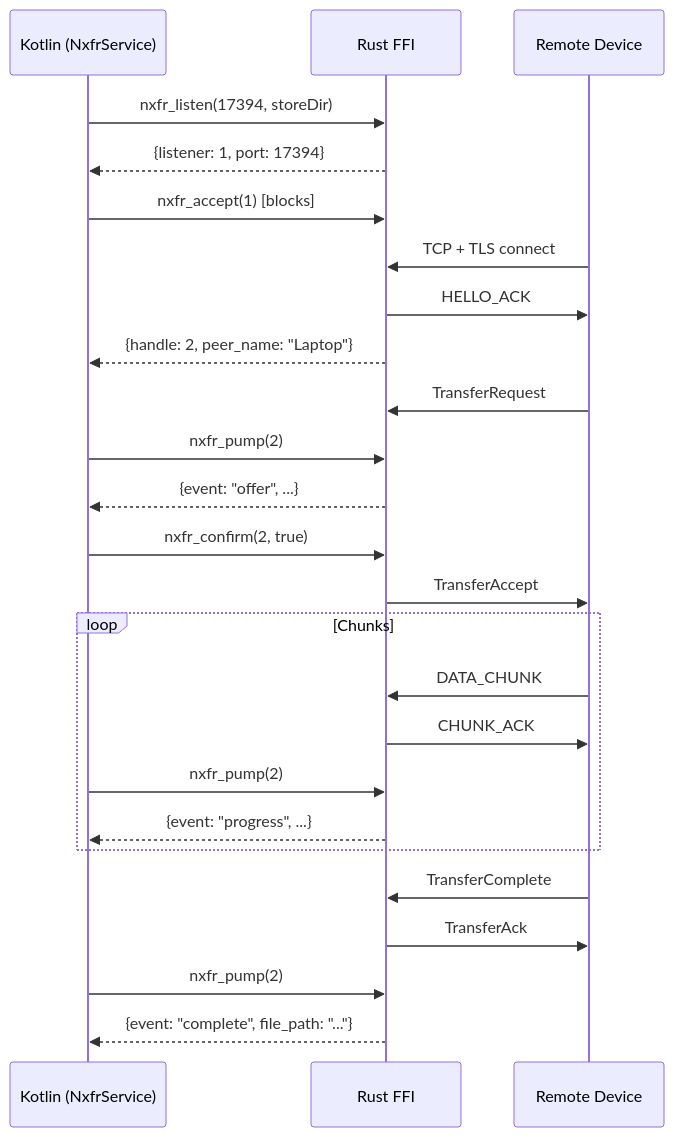
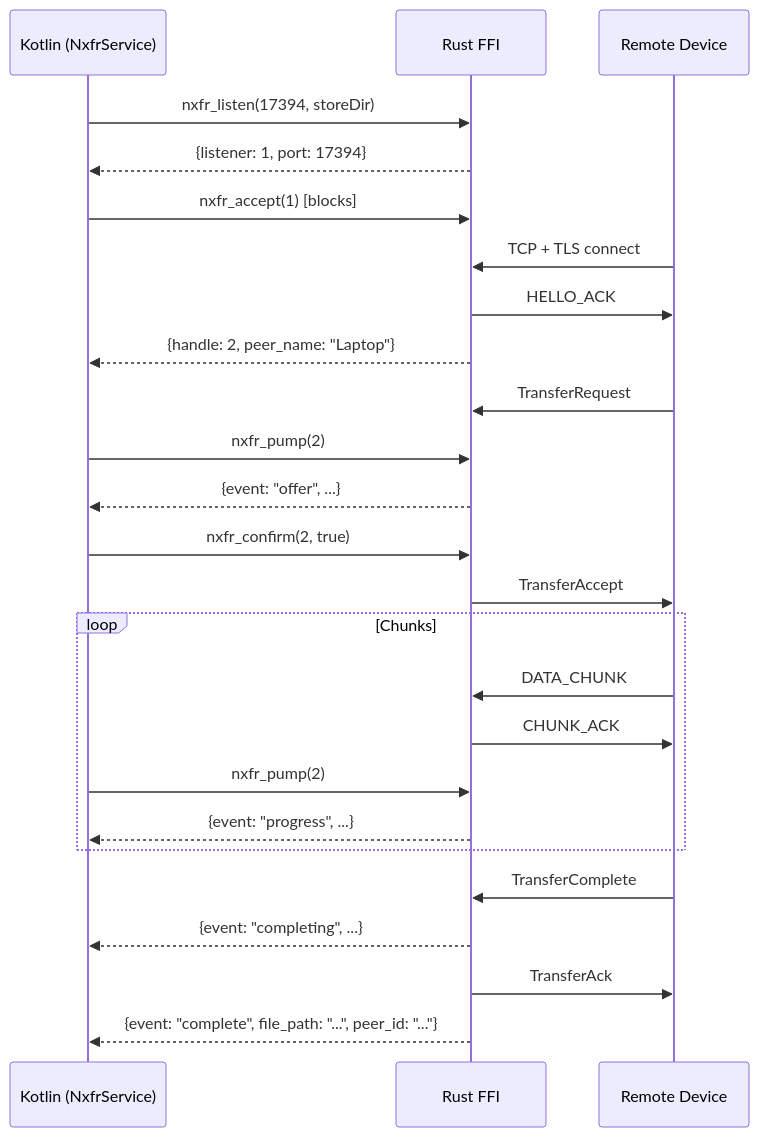
One commit to nxfr/nxfr changed the diagram in docs-site/docs/architecture/android.md. Above: the diagram before and after it, drawn with Mermaid. The commit also changed other lines of this file and 28 other files, not shown here.

````diff
--- a/docs-site/docs/architecture/android.md
+++ b/docs-site/docs/architecture/android.md
@@ -58,31 +59,31 @@
 ```mermaid
 sequenceDiagram
     participant K as Kotlin (NxfrService)
     participant F as Rust FFI
     participant R as Remote Device
 
     K->>F: nxfr_listen(17394, storeDir)
     F-->>K: {listener: 1, port: 17394}
     K->>F: nxfr_accept(1) [blocks]
     R->>F: TCP + TLS connect
     F->>R: HELLO_ACK
     F-->>K: {handle: 2, peer_name: "Laptop"}
 
     R->>F: TransferRequest
     K->>F: nxfr_pump(2)
     F-->>K: {event: "offer", ...}
     K->>F: nxfr_confirm(2, true)
     F->>R: TransferAccept
 
     loop Chunks
         R->>F: DATA_CHUNK
         F->>R: CHUNK_ACK
         K->>F: nxfr_pump(2)
         F-->>K: {event: "progress", ...}
     end
 
     R->>F: TransferComplete
+    F-->>K: {event: "completing", ...}
     F->>R: TransferAck
-    K->>F: nxfr_pump(2)
-    F-->>K: {event: "complete", file_path: "..."}
+    F-->>K: {event: "complete", file_path: "...", peer_id: "..."}
 ```
````
